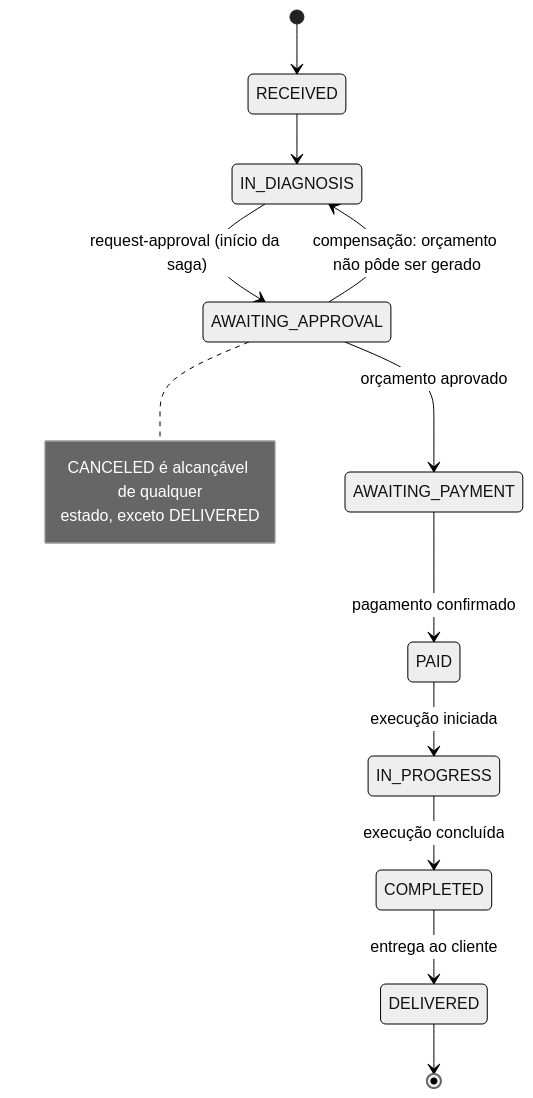
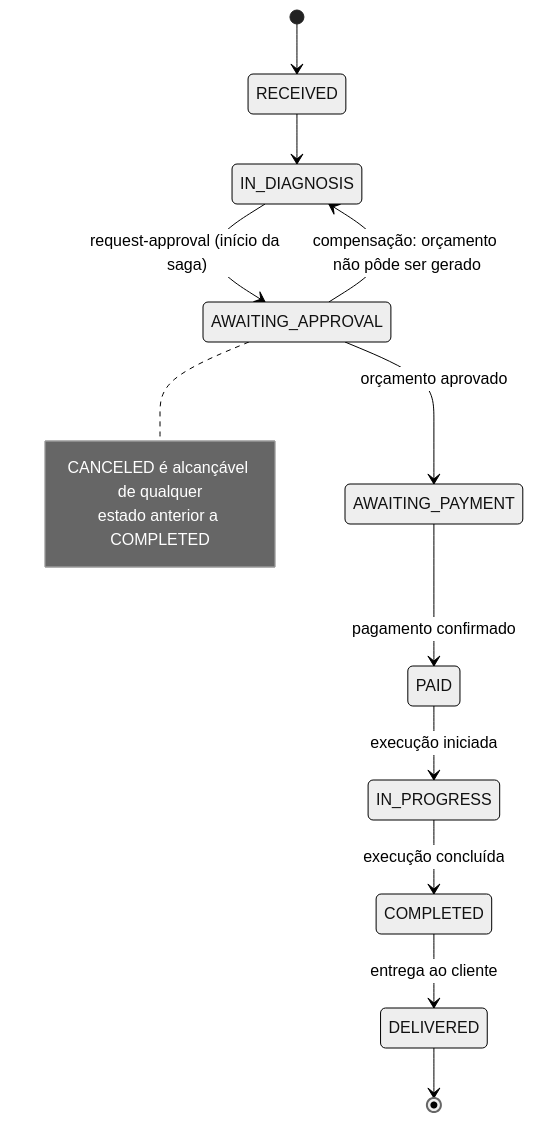
The diagram in docs/adr/adr-011-saga-orquestrada.md (Luizustavo/oficina-backend), drawn with Mermaid (neutral theme) before and after one commit. The commit also changed 24 other files, not shown here.

````diff
--- a/docs/adr/adr-011-saga-orquestrada.md
+++ b/docs/adr/adr-011-saga-orquestrada.md
@@ -34,18 +34,18 @@
 ```mermaid
 stateDiagram-v2
     [*] --> RECEIVED
     RECEIVED --> IN_DIAGNOSIS
     IN_DIAGNOSIS --> AWAITING_APPROVAL: request-approval (início da saga)
     AWAITING_APPROVAL --> IN_DIAGNOSIS: compensação: orçamento não pôde ser gerado
     AWAITING_APPROVAL --> AWAITING_PAYMENT: orçamento aprovado
     AWAITING_PAYMENT --> PAID: pagamento confirmado
     PAID --> IN_PROGRESS: execução iniciada
     IN_PROGRESS --> COMPLETED: execução concluída
     COMPLETED --> DELIVERED: entrega ao cliente
     DELIVERED --> [*]
 
     note right of AWAITING_APPROVAL
       CANCELED é alcançável de qualquer
-      estado, exceto DELIVERED
+      estado anterior a COMPLETED
     end note
 ```
````
